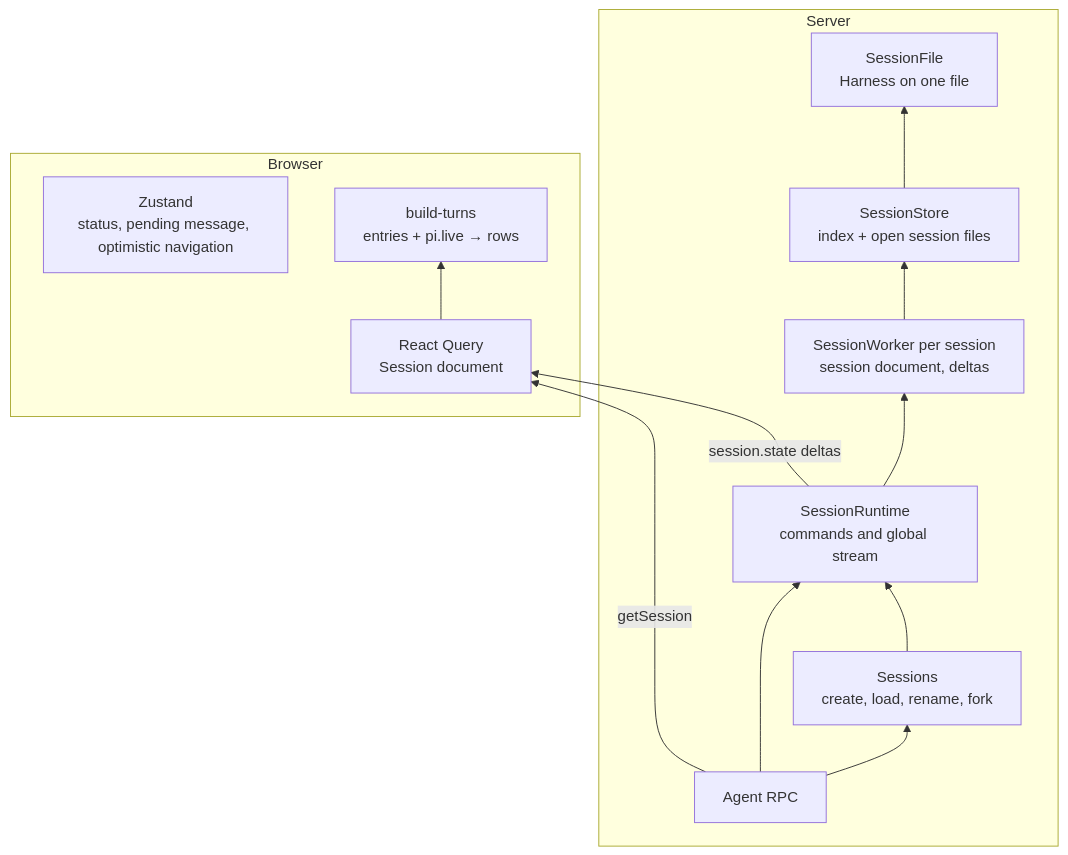
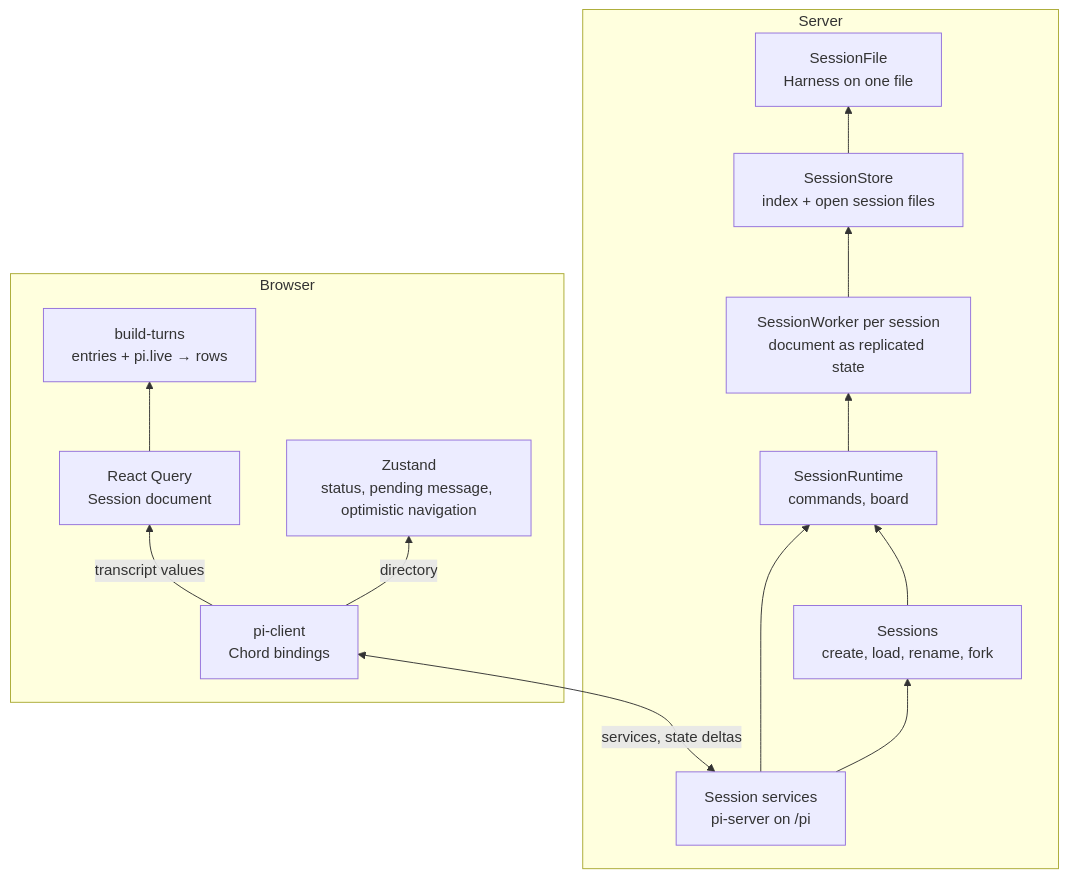
One commit to mattiacerutti/supernova changed the diagram in docs/internal/session-runtime.md. Above: the diagram before and after it, drawn with Mermaid. The commit also changed other lines of this file and 69 other files, not shown here.

Commit message:
chord on sessions

````diff
--- a/docs/internal/session-runtime.md
+++ b/docs/internal/session-runtime.md
@@ -38,28 +38,30 @@
 ```mermaid
 flowchart BT
     subgraph server[Server]
-        rpc[Agent RPC]
+        edge["Session services<br/>pi-server on /pi"]
         sessions["Sessions<br/>create, load, rename, fork"]
-        runtimeService["SessionRuntime<br/>commands and global stream"]
-        worker["SessionWorker per session<br/>session document, deltas"]
+        runtimeService["SessionRuntime<br/>commands, board"]
+        worker["SessionWorker per session<br/>document as replicated state"]
         store["SessionStore<br/>index + open session files"]
         file["SessionFile<br/>Harness on one file"]
 
-        rpc --> sessions
-        rpc --> runtimeService
+        edge --> sessions
+        edge --> runtimeService
         sessions --> runtimeService
         runtimeService --> worker
         worker --> store
         store --> file
     end
 
     subgraph browser[Browser]
+        client["pi-client<br/>Chord bindings"]
         query["React Query<br/>Session document"]
         liveStore["Zustand<br/>status, pending message, optimistic navigation"]
         timeline["build-turns<br/>entries + pi.live → rows"]
     end
 
-    rpc -->|getSession| query
-    runtimeService -->|session.state deltas| query
+    edge <-->|services, state deltas| client
+    client -->|transcript values| query
+    client -->|directory| liveStore
     query --> timeline
 ```
````
